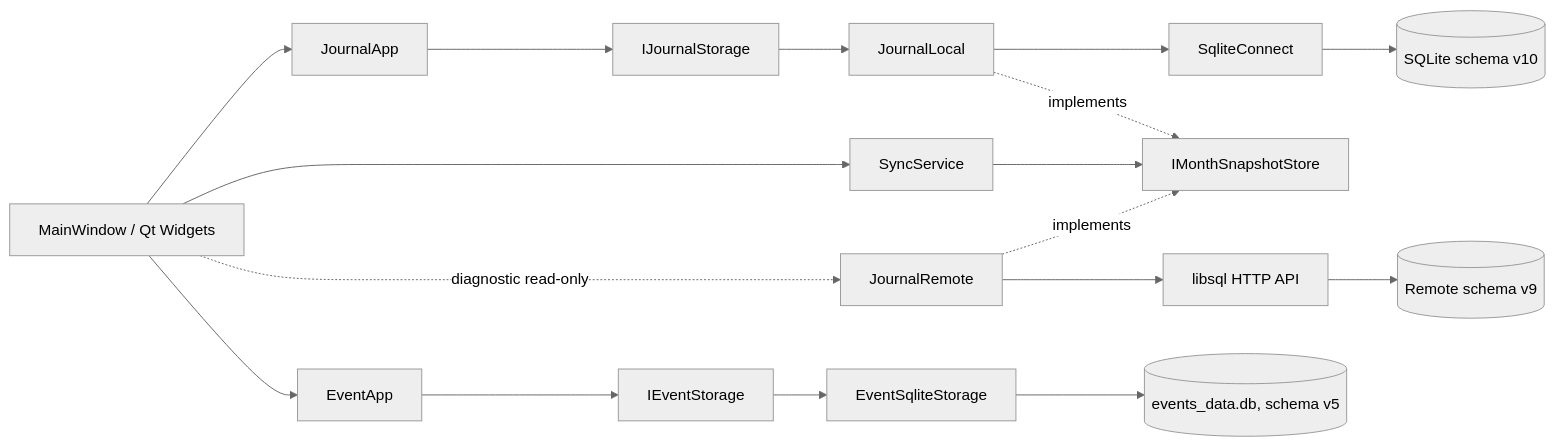
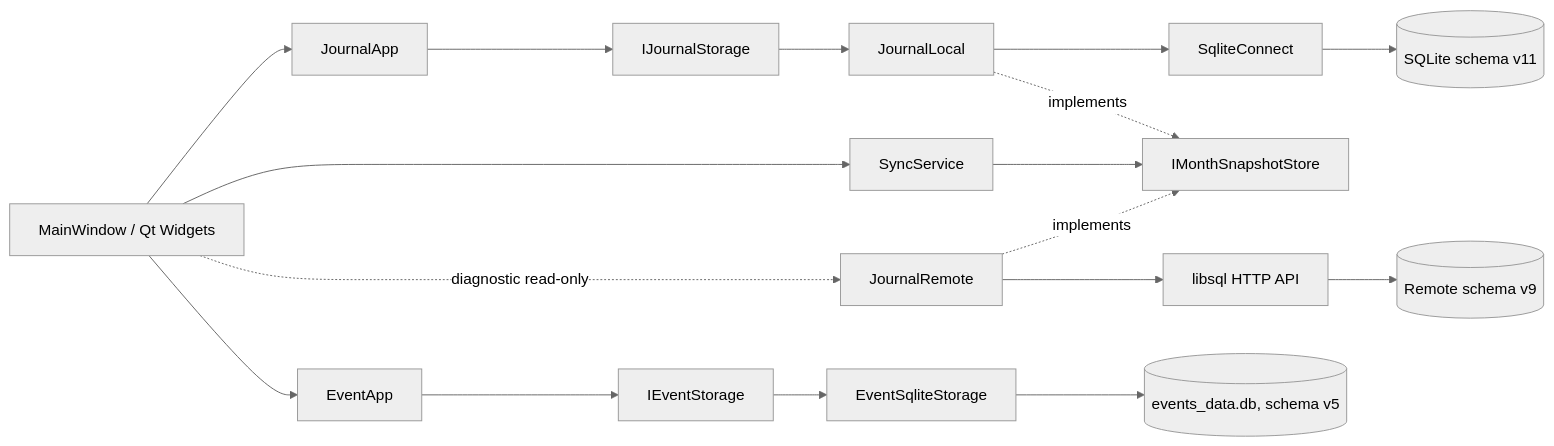
Before and after one commit to Satkhar/journal_app: the diagram in doc/arch.md, drawn with Mermaid (neutral theme). The commit also changed other lines of this file and 28 other files, not shown here.

````diff
--- a/doc/arch.md
+++ b/doc/arch.md
@@ -5,19 +5,19 @@
 ```mermaid
 flowchart LR
   UI[MainWindow / Qt Widgets] --> APP[JournalApp]
   APP --> ST[IJournalStorage]
   ST --> LOCAL[JournalLocal]
   LOCAL --> SQLITE[SqliteConnect]
-  SQLITE --> LDB[(SQLite schema v10)]
+  SQLITE --> LDB[(SQLite schema v11)]
   UI --> SYNC[SyncService]
   SYNC --> SNAP[IMonthSnapshotStore]
   LOCAL -. implements .-> SNAP
   REMOTE[JournalRemote] -. implements .-> SNAP
   REMOTE --> API[libsql HTTP API]
   API --> RDB[(Remote schema v9)]
   UI -. diagnostic read-only .-> REMOTE
   UI --> EAPP[EventApp]
   EAPP --> EST[IEventStorage]
   EST --> ESQL[EventSqliteStorage]
   ESQL --> EDB[(events_data.db, schema v5)]
 ```
````
